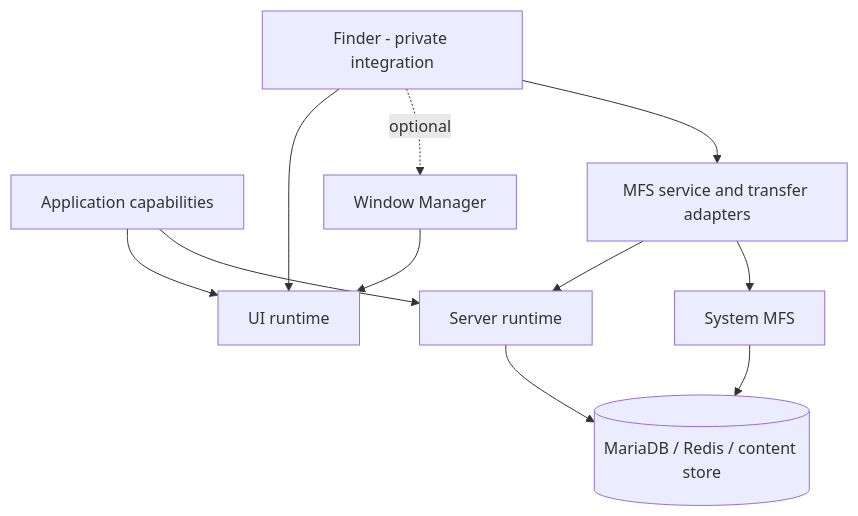
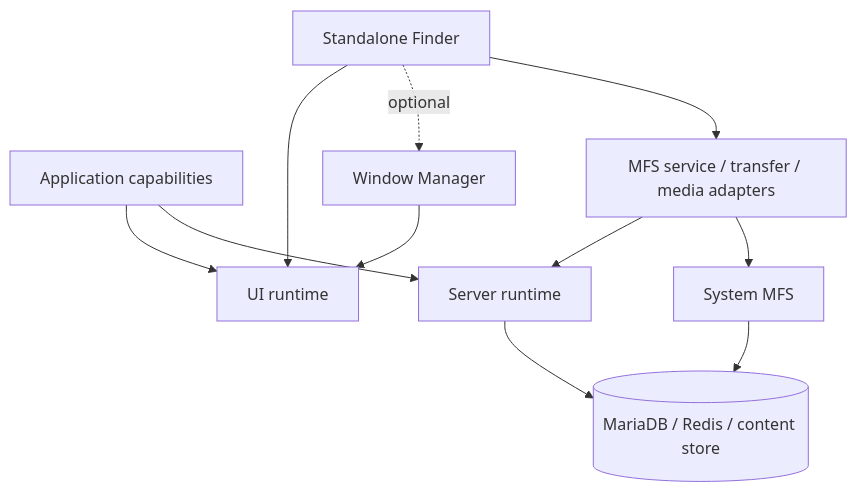
Before and after one commit to drumee/drumee.github.io: the first of 2 diagrams in docs/kernel/architecture.md, drawn with Mermaid. The commit also changed other lines of this file and 11 other files, not shown here.

Commit message:
docs(kernel): document standalone Finder release

````diff
--- a/docs/kernel/architecture.md
+++ b/docs/kernel/architecture.md
@@ -13,22 +13,22 @@
 ```mermaid
 flowchart TB
   Product[Application capabilities]
-  Finder[Finder - private integration]
-  Transfer[MFS service and transfer adapters]
+  Finder[Standalone Finder]
+  Transfer[MFS service / transfer / media adapters]
   WM[Window Manager]
   MFS[System MFS]
   UI[UI runtime]
   SR[Server runtime]
   Infra[(MariaDB / Redis / content store)]
 
   Product --> UI
   Product --> SR
   Finder --> UI
   Finder -. optional .-> WM
   Finder --> Transfer
   WM --> UI
   Transfer --> SR
   Transfer --> MFS
   MFS --> Infra
   SR --> Infra
 ```
````
